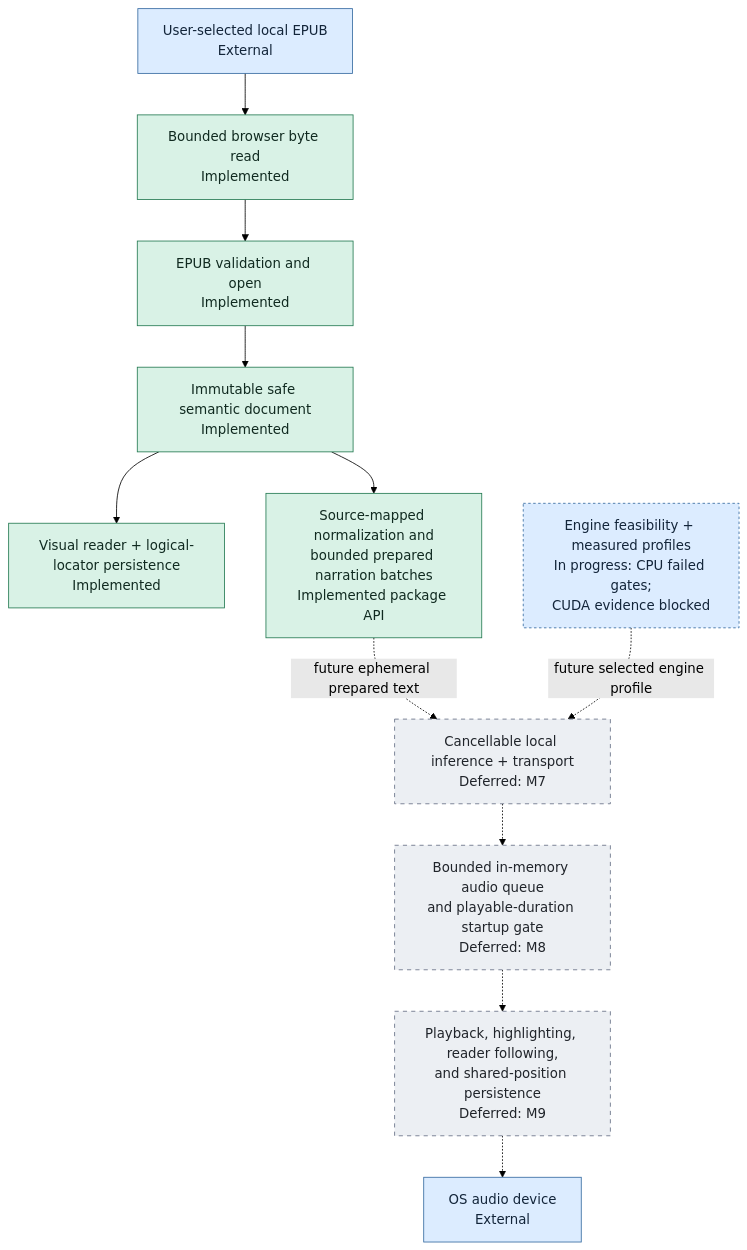
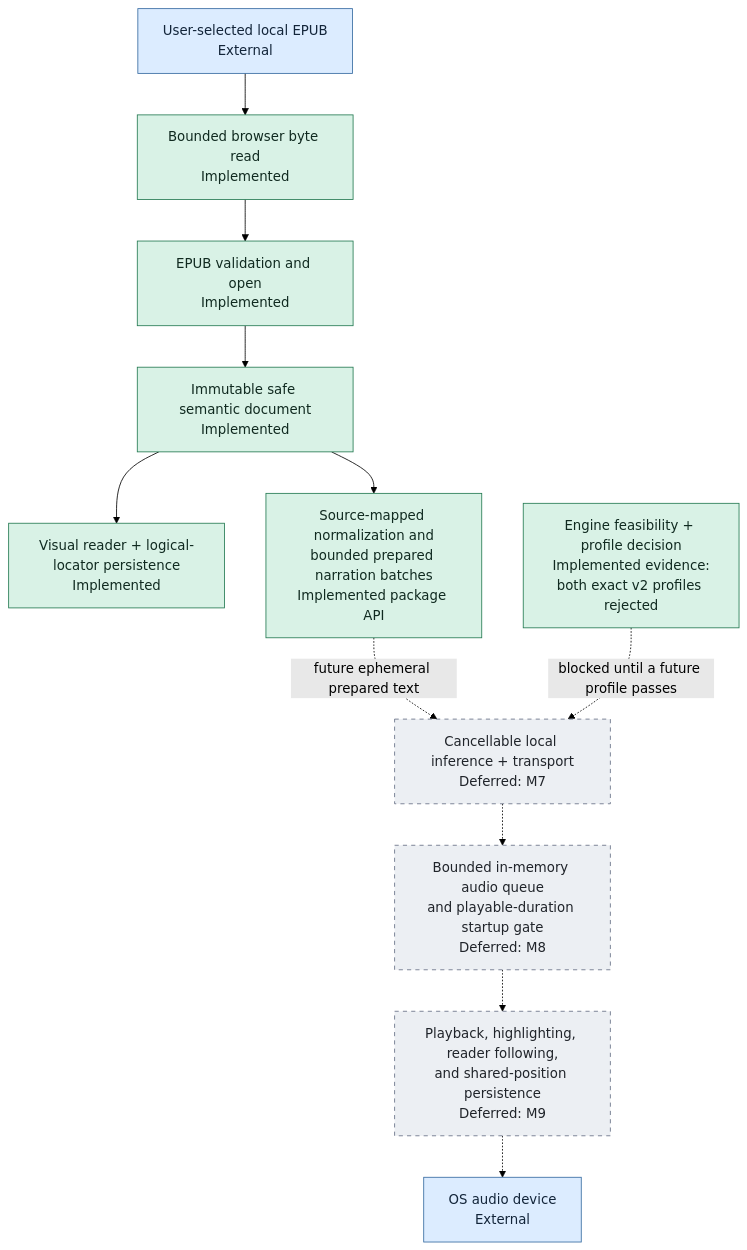
One commit to mmjosedaniel/voxleaf changed the second of 2 diagrams in docs/architecture/system-diagram.md. Above: the diagram before and after it, drawn with Mermaid (forest theme). The commit also changed other lines of this file and 18 other files, not shown here.

First line of the commit message:
docs(tts): record no viable engine profile (#96)

````diff
--- a/docs/architecture/system-diagram.md
+++ b/docs/architecture/system-diagram.md
@@ -97,28 +97,28 @@
 ```mermaid
 flowchart TD
     classDef implemented fill:#d9f2e6,stroke:#247a52,color:#102a20
     classDef progress fill:#dcecff,stroke:#356aa0,color:#13253a,stroke-dasharray: 3 3
     classDef planned fill:#fff0c7,stroke:#9a6b00,color:#332400,stroke-dasharray: 5 5
     classDef deferred fill:#eceff3,stroke:#667085,color:#20242a,stroke-dasharray: 5 5
     classDef external fill:#dcecff,stroke:#356aa0,color:#13253a
 
     FILE["User-selected local EPUB<br/>External"]:::external
     READ["Bounded browser byte read<br/>Implemented"]:::implemented
     OPEN["EPUB validation and open<br/>Implemented"]:::implemented
     SAFE["Immutable safe semantic document<br/>Implemented"]:::implemented
     VISUAL["Visual reader + logical-locator persistence<br/>Implemented"]:::implemented
     PREP["Source-mapped normalization and<br/>bounded prepared narration batches<br/>Implemented package API"]:::implemented
-    PROFILE["Engine feasibility + measured profiles<br/>In progress: CPU failed gates;<br/>CUDA evidence blocked"]:::progress
+    PROFILE["Engine feasibility + profile decision<br/>Implemented evidence:<br/>both exact v2 profiles rejected"]:::implemented
     INFER["Cancellable local inference + transport<br/>Deferred: M7"]:::deferred
     BUFFER["Bounded in-memory audio queue<br/>and playable-duration startup gate<br/>Deferred: M8"]:::deferred
     FOLLOW["Playback, highlighting, reader following,<br/>and shared-position persistence<br/>Deferred: M9"]:::deferred
     DEVICE["OS audio device<br/>External"]:::external
 
     FILE --> READ --> OPEN --> SAFE --> VISUAL
     SAFE --> PREP
     PREP -.->|"future ephemeral prepared text"| INFER
-    PROFILE -.->|"future selected engine profile"| INFER
+    PROFILE -.->|"blocked until a future profile passes"| INFER
     INFER -.-> BUFFER
     BUFFER -.-> FOLLOW
     FOLLOW -.-> DEVICE
 ```
````
